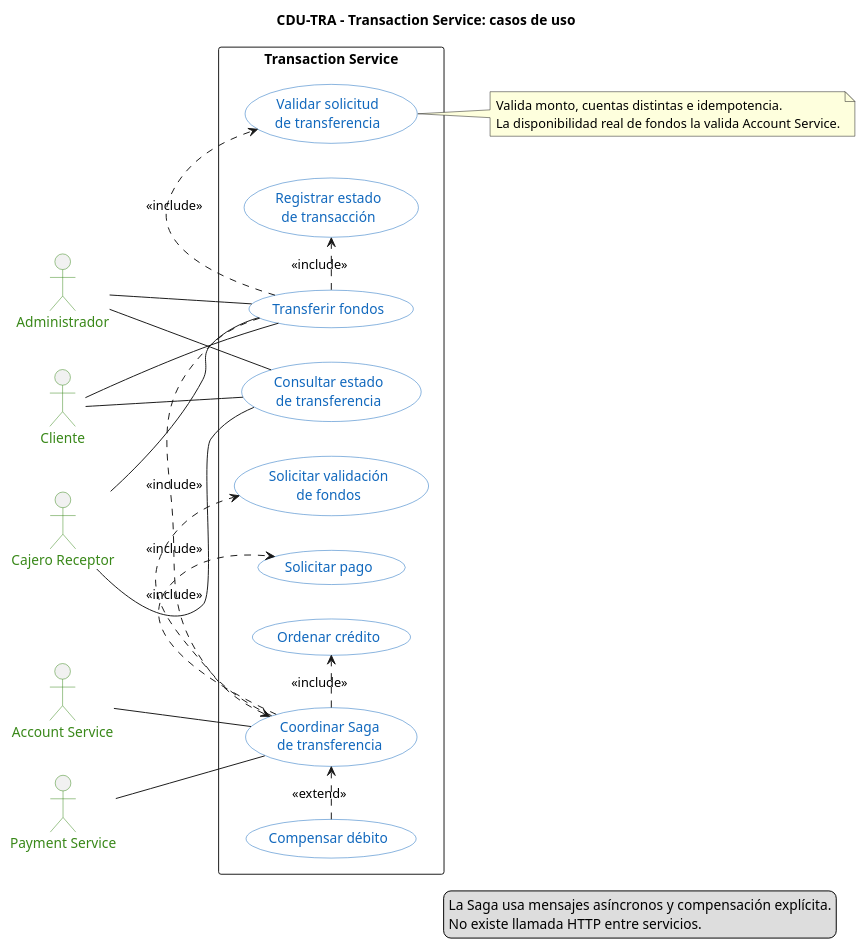
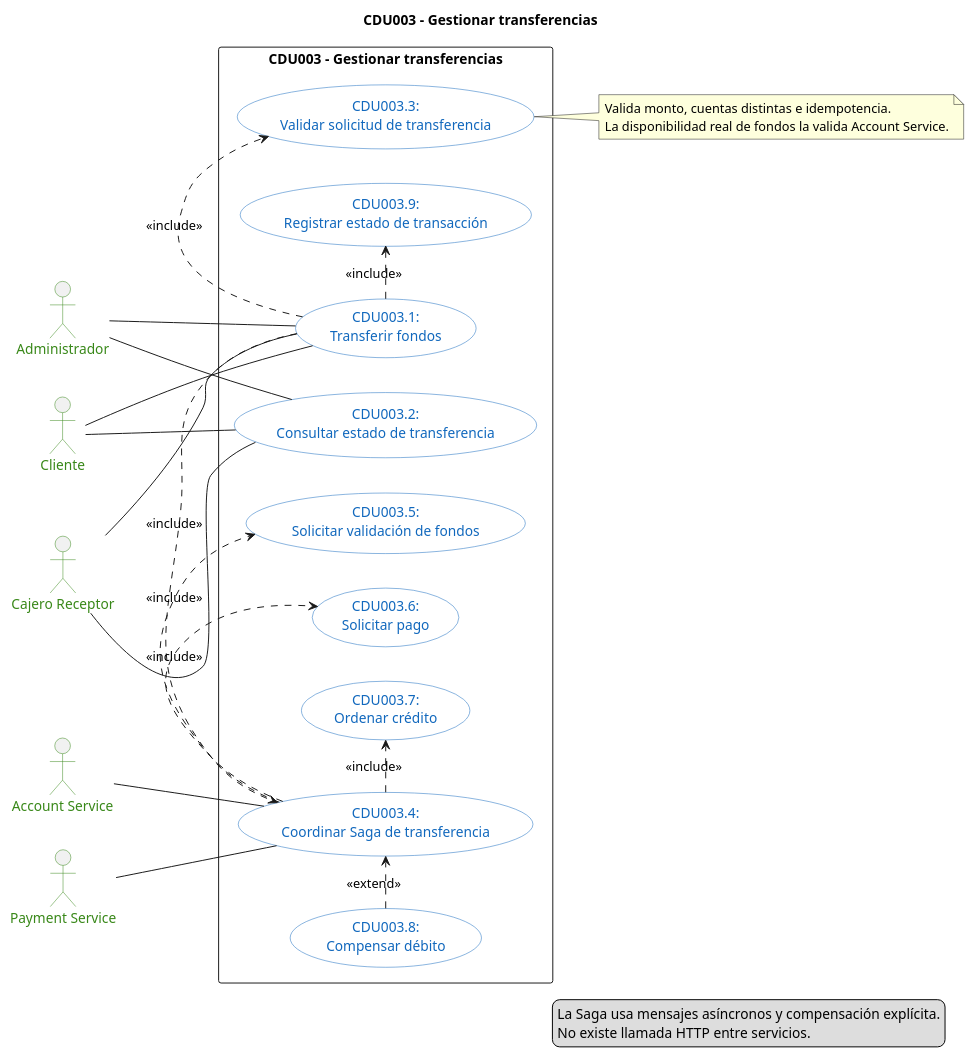
Before and after one commit to marcosbondel/Proyecto-SA-B-2: the diagram in docs/architecture/diagrams/cdu/transaction/transaction-casos-de-uso.puml, drawn with PlantUML. The commit also changed 62 other files, not shown here.

Commit message:
Reorganize CDU diagrams by numbered use cases

```diff
--- a/docs/architecture/diagrams/cdu/transaction/transaction-casos-de-uso.puml
+++ b/docs/architecture/diagrams/cdu/transaction/transaction-casos-de-uso.puml
@@ -1,62 +1,62 @@
 @startuml transaction-casos-de-uso
 left to right direction
 
-title CDU-TRA - Transaction Service: casos de uso
+title CDU003 - Gestionar transferencias
 
 skinparam shadowing false
 skinparam packageStyle rectangle
 skinparam usecase {
     BackgroundColor #FFFFFF
     BorderColor #1168BD
     FontColor #1168BD
 }
 skinparam actor {
     BorderColor #398819
     FontColor #398819
 }
 
-actor "Cliente" as cliente
-actor "Cajero Receptor" as cajero
-actor "Administrador" as admin
-actor "Account Service" as account
-actor "Payment Service" as payment
+actor "Cliente" as actor_transaction_customer
+actor "Cajero Receptor" as actor_transaction_teller
+actor "Administrador" as actor_transaction_admin
+actor "Account Service" as actor_transaction_account
+actor "Payment Service" as actor_transaction_payment
 
-rectangle "Transaction Service" as transaction {
-    usecase "Transferir fondos" as transfer
-    usecase "Validar solicitud\nde transferencia" as validate
-    usecase "Coordinar Saga\nde transferencia" as saga
-    usecase "Solicitar validación\nde fondos" as requestFunds
-    usecase "Solicitar pago" as requestPayment
-    usecase "Ordenar crédito" as requestCredit
-    usecase "Compensar débito" as compensate
-    usecase "Registrar estado\nde transacción" as record
-    usecase "Consultar estado\nde transferencia" as status
+rectangle "CDU003 - Gestionar transferencias" as system_transaction {
+    usecase "CDU003.1:\nTransferir fondos" as uc_transaction_transfer
+    usecase "CDU003.2:\nConsultar estado de transferencia" as uc_transaction_status
+    usecase "CDU003.3:\nValidar solicitud de transferencia" as uc_transaction_validate
+    usecase "CDU003.4:\nCoordinar Saga de transferencia" as uc_transaction_saga
+    usecase "CDU003.5:\nSolicitar validación de fondos" as uc_transaction_request_funds
+    usecase "CDU003.6:\nSolicitar pago" as uc_transaction_request_payment
+    usecase "CDU003.7:\nOrdenar crédito" as uc_transaction_request_credit
+    usecase "CDU003.8:\nCompensar débito" as uc_transaction_compensate
+    usecase "CDU003.9:\nRegistrar estado de transacción" as uc_transaction_record
 }
 
-cliente -- transfer
-cliente -- status
-cajero -- transfer
-cajero -- status
-admin -- transfer
-admin -- status
-account -- saga
-payment -- saga
+actor_transaction_customer -- uc_transaction_transfer
+actor_transaction_customer -- uc_transaction_status
+actor_transaction_teller -- uc_transaction_transfer
+actor_transaction_teller -- uc_transaction_status
+actor_transaction_admin -- uc_transaction_transfer
+actor_transaction_admin -- uc_transaction_status
+actor_transaction_account -- uc_transaction_saga
+actor_transaction_payment -- uc_transaction_saga
 
-transfer .> validate : <<include>>
-transfer .> saga : <<include>>
-transfer .> record : <<include>>
-saga .> requestFunds : <<include>>
-saga .> requestPayment : <<include>>
-saga .> requestCredit : <<include>>
-compensate .> saga : <<extend>>
+uc_transaction_transfer .> uc_transaction_validate : <<include>>
+uc_transaction_transfer .> uc_transaction_saga : <<include>>
+uc_transaction_transfer .> uc_transaction_record : <<include>>
+uc_transaction_saga .> uc_transaction_request_funds : <<include>>
+uc_transaction_saga .> uc_transaction_request_payment : <<include>>
+uc_transaction_saga .> uc_transaction_request_credit : <<include>>
+uc_transaction_compensate .> uc_transaction_saga : <<extend>>
 
-note right of validate
+note right of uc_transaction_validate
     Valida monto, cuentas distintas e idempotencia.
     La disponibilidad real de fondos la valida Account Service.
 end note
 
 legend right
     La Saga usa mensajes asíncronos y compensación explícita.
     No existe llamada HTTP entre servicios.
 endlegend
 @enduml
```
